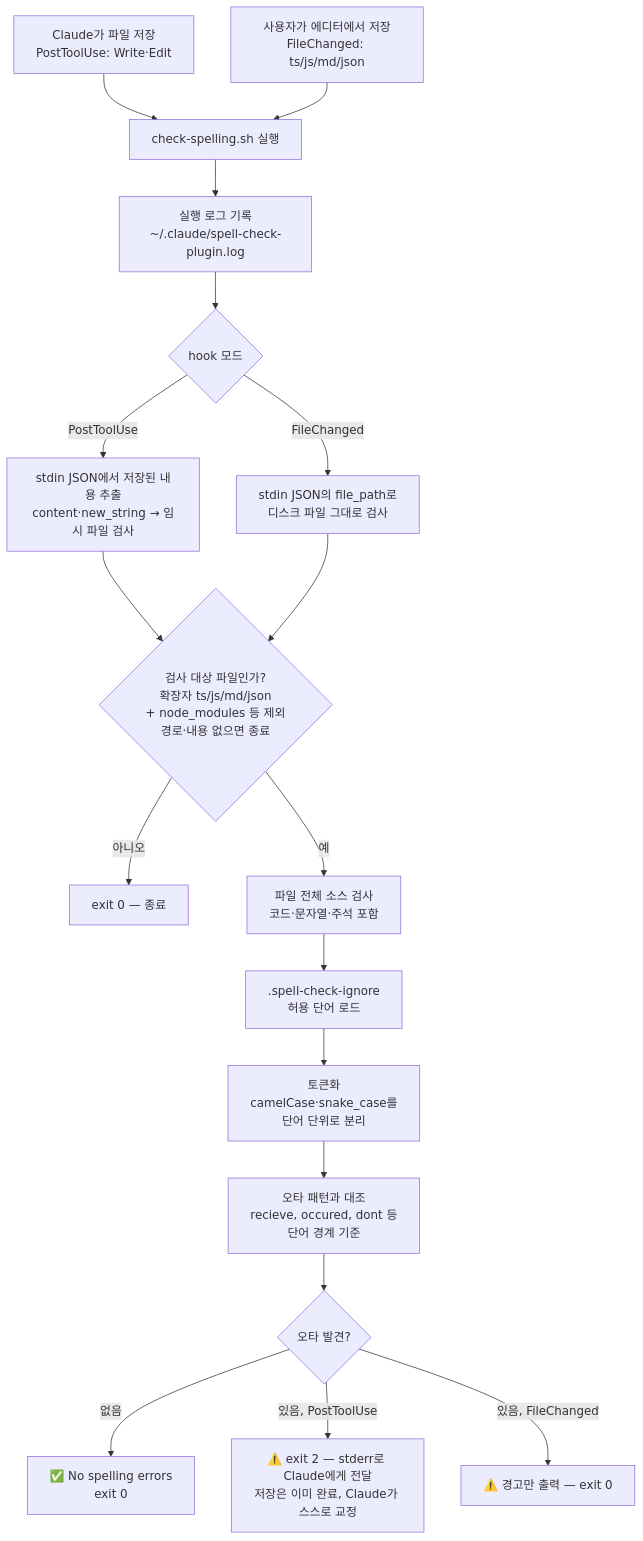
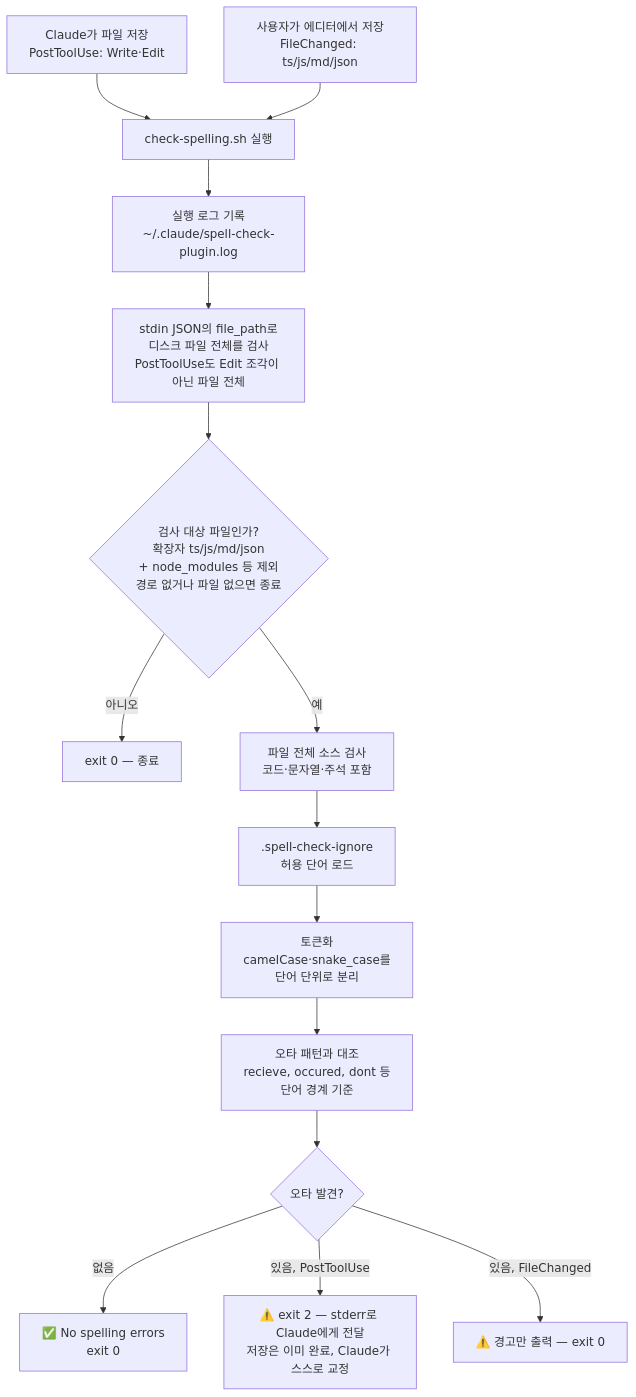
Before and after one commit to simjieun/spell-check-plugin: the diagram in README.md, drawn with Mermaid. The commit also changed 4 other files, not shown here.

First line of the commit message:
v1.4.0 — PostToolUse도 디스크 파일 전체 검사로 통일

````diff
--- a/README.md
+++ b/README.md
@@ -100,20 +100,17 @@
 ```mermaid
 flowchart TD
     A1[Claude가 파일 저장<br/>PostToolUse: Write·Edit] --> B[check-spelling.sh 실행]
     A2[사용자가 에디터에서 저장<br/>FileChanged: ts/js/md/json] --> B
     B --> LOG[실행 로그 기록<br/>~/.claude/spell-check-plugin.log]
-    LOG --> S{hook 모드}
-    S -->|PostToolUse| C1[stdin JSON에서 저장된 내용 추출<br/>content·new_string → 임시 파일 검사]
-    S -->|FileChanged| C2[stdin JSON의 file_path로<br/>디스크 파일 그대로 검사]
-    C1 --> F{검사 대상 파일인가?<br/>확장자 ts/js/md/json<br/>+ node_modules 등 제외<br/>경로·내용 없으면 종료}
-    C2 --> F
+    LOG --> C[stdin JSON의 file_path로<br/>디스크 파일 전체를 검사<br/>PostToolUse도 Edit 조각이 아닌 파일 전체]
+    C --> F{검사 대상 파일인가?<br/>확장자 ts/js/md/json<br/>+ node_modules 등 제외<br/>경로 없거나 파일 없으면 종료}
     F -->|아니오| G[exit 0 — 종료]
     F -->|예| H[파일 전체 소스 검사<br/>코드·문자열·주석 포함]
     H --> I[.spell-check-ignore<br/>허용 단어 로드]
     I --> T[토큰화<br/>camelCase·snake_case를<br/>단어 단위로 분리]
     T --> J[오타 패턴과 대조<br/>recieve, occured, dont 등<br/>단어 경계 기준]
     J --> K{오타 발견?}
     K -->|없음| L[✅ No spelling errors<br/>exit 0]
     K -->|있음, PostToolUse| M[⚠️ exit 2 — stderr로 Claude에게 전달<br/>저장은 이미 완료, Claude가 스스로 교정]
     K -->|있음, FileChanged| N[⚠️ 경고만 출력 — exit 0]
 ```
````
